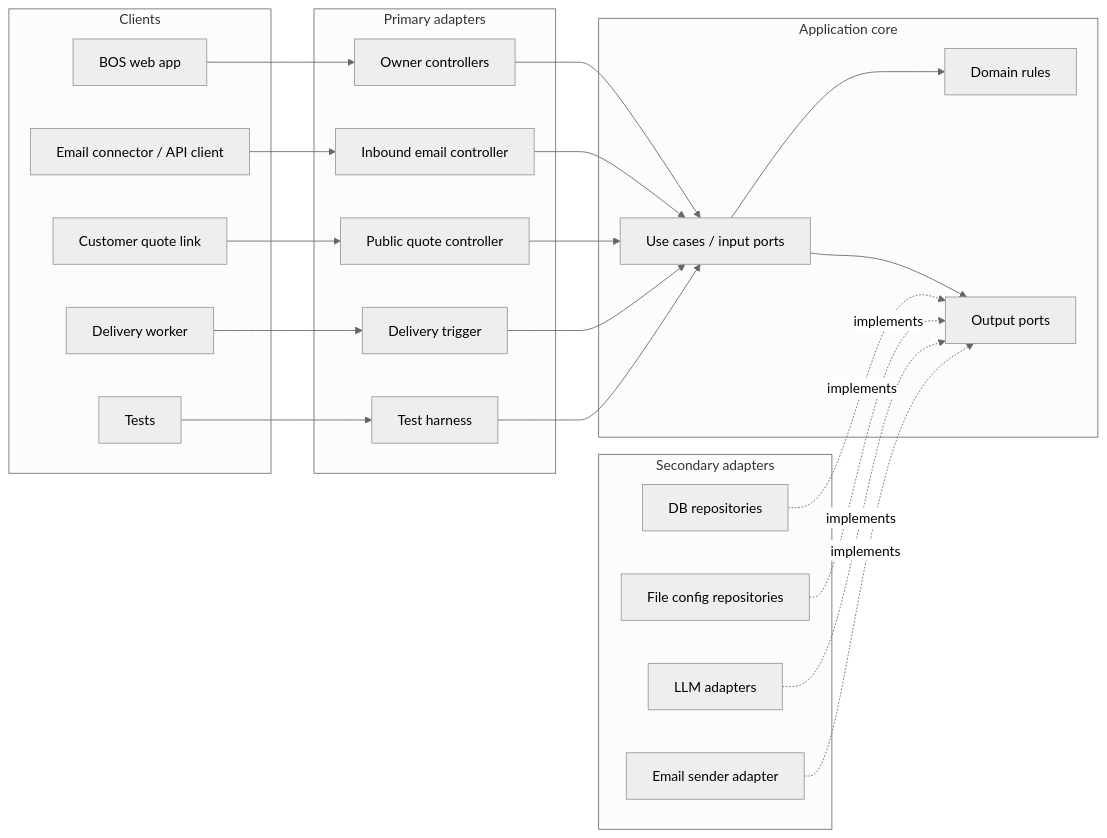
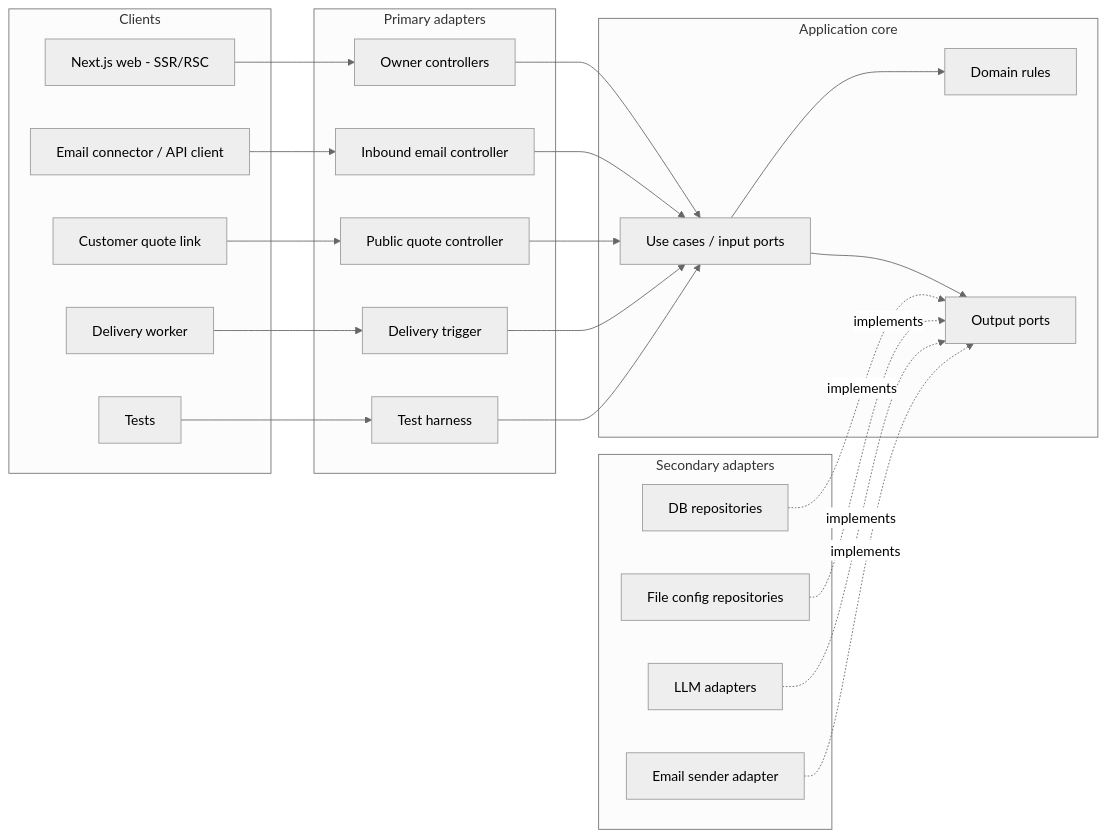
The third of 3 diagrams in docs/ARCHITECTURE.md (OwnStack-Digital/customer-desk), drawn with Mermaid (neutral theme) before and after one commit. The commit also changed other lines of this file, not shown here.

Commit message:
docs: enhance architecture documentation with Next.js specifics and folder structure clarification

````diff
--- a/docs/ARCHITECTURE.md
+++ b/docs/ARCHITECTURE.md
@@ -231,43 +233,43 @@
 ```mermaid
 flowchart LR
   subgraph Clients
-    Web[BOS web app]
+    Web[Next.js web - SSR/RSC]
     Connector[Email connector / API client]
     Customer[Customer quote link]
     Worker[Delivery worker]
     Tests[Tests]
   end
 
   subgraph Primary[Primary adapters]
     OwnerCtl[Owner controllers]
     EmailCtl[Inbound email controller]
     PublicCtl[Public quote controller]
     DeliveryCtl[Delivery trigger]
     Harness[Test harness]
   end
 
   subgraph Core[Application core]
     UC[Use cases / input ports]
     Domain[Domain rules]
     Ports[Output ports]
     UC --> Domain
     UC --> Ports
   end
 
   subgraph Secondary[Secondary adapters]
     Repos[DB repositories]
     Config[File config repositories]
     AI[LLM adapters]
     Sender[Email sender adapter]
   end
 
   Web --> OwnerCtl --> UC
   Connector --> EmailCtl --> UC
   Customer --> PublicCtl --> UC
   Worker --> DeliveryCtl --> UC
   Tests --> Harness --> UC
   Repos -.->|implements| Ports
   Config -.->|implements| Ports
   AI -.->|implements| Ports
   Sender -.->|implements| Ports
 ```
````
